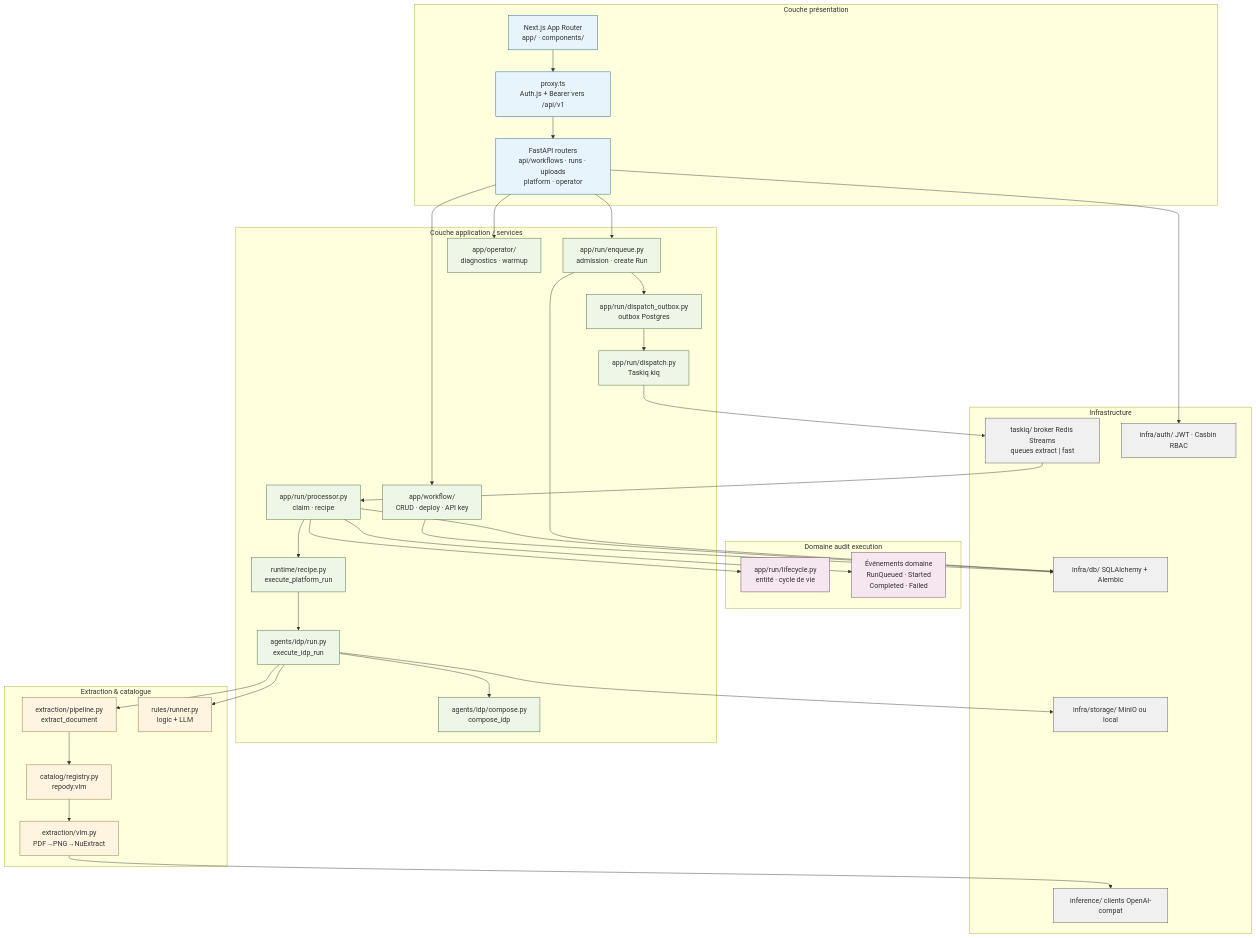
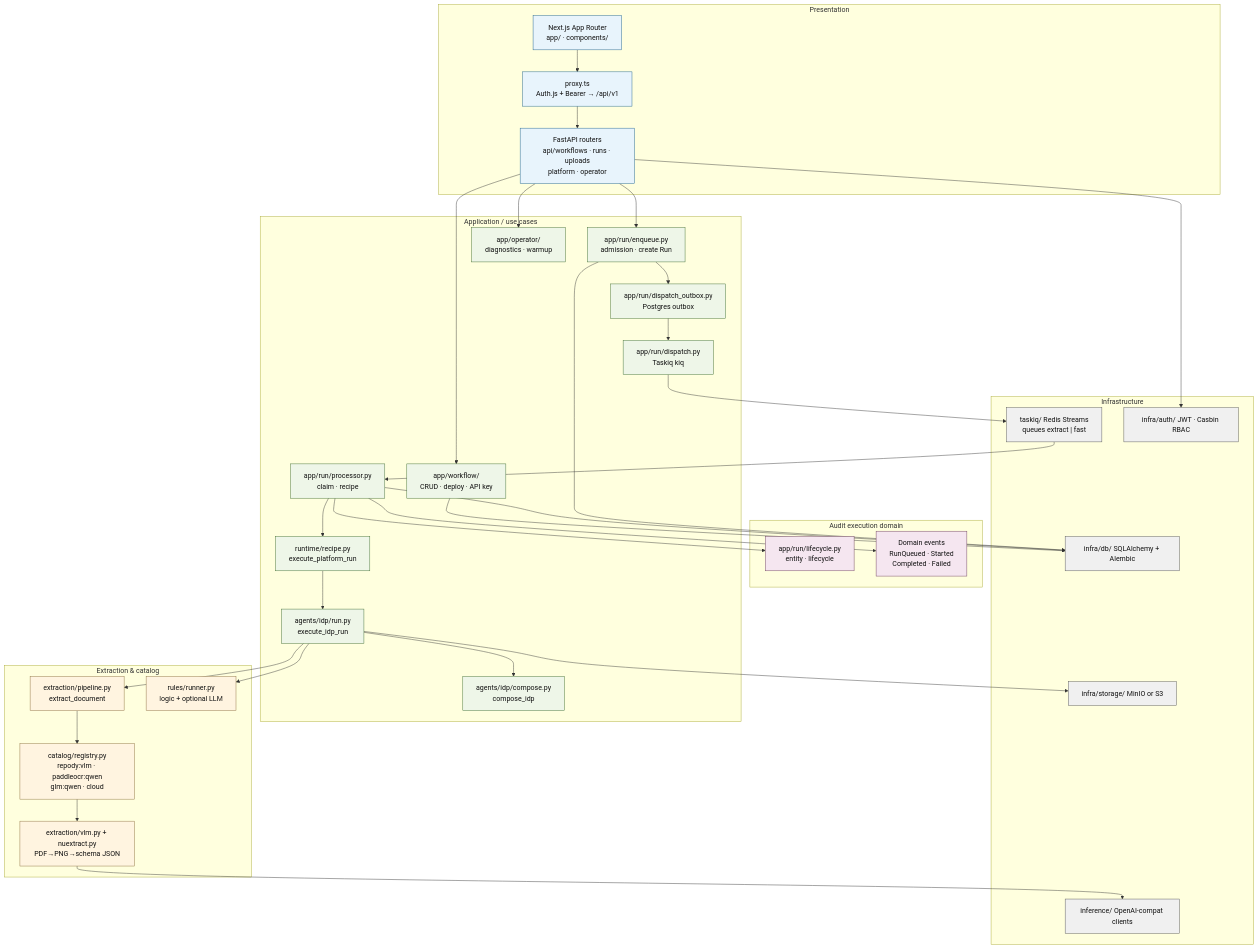
One commit to MehdiGououiad/repody changed the diagram in docs/diagrams/architecture-backend-couches.mmd. Above: the diagram before and after it, drawn with Mermaid. The commit also changed 100 other files, not shown here.

First line of the commit message:
docs: consolidate guides, add Mac runtime kit and architecture dossier

```diff
--- a/docs/diagrams/architecture-backend-couches.mmd
+++ b/docs/diagrams/architecture-backend-couches.mmd
@@ -1,70 +1,69 @@
-%% Couches backend + contextes bornés Repody
-%% Éditable : Mermaid flowchart
-%% Doc : CONTEXT.md · docs/BACKEND.md · ADR 003
+%% Repody — Backend layers + bounded contexts
+%% Docs: CONTEXT.md · docs/DEVELOPMENT.md · ADR 003 / 006 / 007
 
 flowchart TB
-  subgraph Presentation["Couche présentation"]
+  subgraph Presentation["Presentation"]
     Next["Next.js App Router<br/>app/ · components/"]
-    Proxy["proxy.ts<br/>Auth.js + Bearer vers /api/v1"]
+    Proxy["proxy.ts<br/>Auth.js + Bearer → /api/v1"]
     APIRouters["FastAPI routers<br/>api/workflows · runs · uploads<br/>platform · operator"]
   end
 
-  subgraph Application["Couche application / services"]
+  subgraph Application["Application / use cases"]
     WFSvc["app/workflow/<br/>CRUD · deploy · API key"]
     RunEnq["app/run/enqueue.py<br/>admission · create Run"]
-    Outbox["app/run/dispatch_outbox.py<br/>outbox Postgres"]
+    Outbox["app/run/dispatch_outbox.py<br/>Postgres outbox"]
     Dispatch["app/run/dispatch.py<br/>Taskiq kiq"]
     RunProc["app/run/processor.py<br/>claim · recipe"]
     PlatformOrch["runtime/recipe.py<br/>execute_platform_run"]
     IdpRun["agents/idp/run.py<br/>execute_idp_run"]
     IdpCompose["agents/idp/compose.py<br/>compose_idp"]
     OpSvc["app/operator/<br/>diagnostics · warmup"]
   end
 
-  subgraph Domaine["Domaine audit execution"]
-    Domain["app/run/lifecycle.py<br/>entité · cycle de vie"]
-    Events["Événements domaine<br/>RunQueued · Started<br/>Completed · Failed"]
+  subgraph Domaine["Audit execution domain"]
+    Domain["app/run/lifecycle.py<br/>entity · lifecycle"]
+    Events["Domain events<br/>RunQueued · Started<br/>Completed · Failed"]
   end
 
-  subgraph Extraction["Extraction & catalogue"]
+  subgraph Extraction["Extraction & catalog"]
     Pipe["extraction/pipeline.py<br/>extract_document"]
-    Catalog["catalog/registry.py<br/>repody:vlm"]
-    VLM["extraction/vlm.py<br/>PDF→PNG→NuExtract"]
-    Rules["rules/runner.py<br/>logic + LLM"]
+    Catalog["catalog/registry.py<br/>repody:vlm · paddleocr:qwen<br/>glm:qwen · cloud"]
+    VLM["extraction/vlm.py + nuextract.py<br/>PDF→PNG→schema JSON"]
+    Rules["rules/runner.py<br/>logic + optional LLM"]
   end
 
   subgraph Infra["Infrastructure"]
     DB["infra/db/ SQLAlchemy + Alembic"]
-    Storage["infra/storage/ MinIO ou local"]
-    Taskiq["taskiq/ broker Redis Streams<br/>queues extract | fast"]
-    InfClient["inference/ clients OpenAI-compat"]
+    Storage["infra/storage/ MinIO or S3"]
+    Taskiq["taskiq/ Redis Streams<br/>queues extract | fast"]
+    InfClient["inference/ OpenAI-compat clients"]
     Auth["infra/auth/ JWT · Casbin RBAC"]
   end
 
   Next --> Proxy --> APIRouters
   APIRouters --> WFSvc
   APIRouters --> RunEnq
   APIRouters --> Auth
   RunEnq --> Outbox --> Dispatch --> Taskiq
   Taskiq --> RunProc
   RunProc --> Domain
   RunProc --> PlatformOrch --> IdpRun --> IdpCompose
   IdpRun --> Pipe --> Catalog --> VLM --> InfClient
   IdpRun --> Rules
   RunProc --> Events
   IdpRun --> Storage
   RunEnq --> DB
   RunProc --> DB
   WFSvc --> DB
   APIRouters --> OpSvc
 
-  classDef ui fill:#e8f4fc,stroke:#1a5f8a
-  classDef svc fill:#eef6e8,stroke:#3d6b2f
-  classDef dom fill:#f5e6f0,stroke:#6b3d5a
-  classDef ext fill:#fff4e0,stroke:#8a6d3b
-  classDef inf fill:#f0f0f0,stroke:#555
+  classDef ui fill:#e8f4fc,stroke:#1a5f8a,color:#111
+  classDef svc fill:#eef6e8,stroke:#3d6b2f,color:#111
+  classDef dom fill:#f5e6f0,stroke:#6b3d5a,color:#111
+  classDef ext fill:#fff4e0,stroke:#8a6d3b,color:#111
+  classDef inf fill:#f0f0f0,stroke:#555,color:#111
   class Next,Proxy,APIRouters ui
   class WFSvc,RunEnq,Outbox,Dispatch,RunProc,PlatformOrch,IdpRun,IdpCompose,OpSvc svc
   class Domain,Events dom
   class Pipe,Catalog,VLM,Rules ext
   class DB,Storage,Taskiq,InfClient,Auth inf
```
